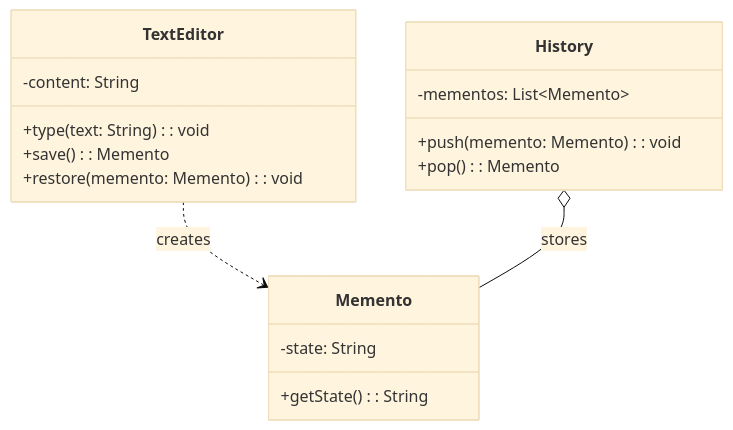
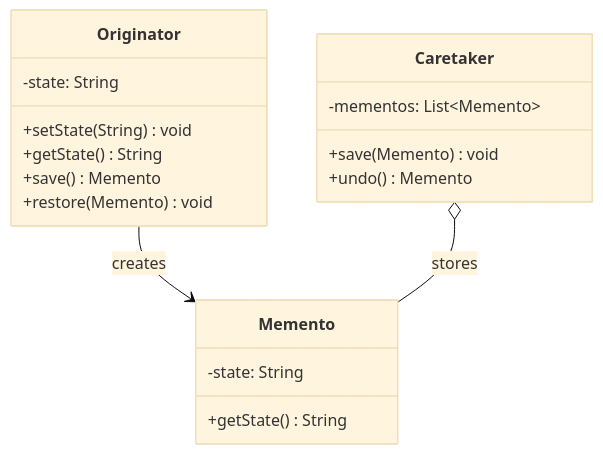
The diagram in DesignPatterns/Behavioral/07_memento.md (shubhamc521/Evolve-LLD-EV9), drawn with Mermaid (base theme) before and after one commit. The commit also changed other lines of this file and 9 other files, not shown here.

````diff
--- a/DesignPatterns/Behavioral/07_memento.md
+++ b/DesignPatterns/Behavioral/07_memento.md
@@ -38,23 +12,24 @@
 ```mermaid
 classDiagram
-    class TextEditor {
-        -content: String
-        +type(text: String): void
-        +save(): Memento
-        +restore(memento: Memento): void
+    class Originator {
+        -state: String
+        +setState(String) void
+        +getState() String
+        +save() Memento
+        +restore(Memento) void
     }
     
     class Memento {
         -state: String
-        +getState(): String
+        +getState() String
     }
     
-    class History {
+    class Caretaker {
         -mementos: List~Memento~
-        +push(memento: Memento): void
-        +pop(): Memento
+        +save(Memento) void
+        +undo() Memento
     }
     
-    TextEditor ..> Memento : creates
-    History o-- Memento : stores
+    Originator --> Memento : creates
+    Caretaker o-- Memento : stores
 ```
````
